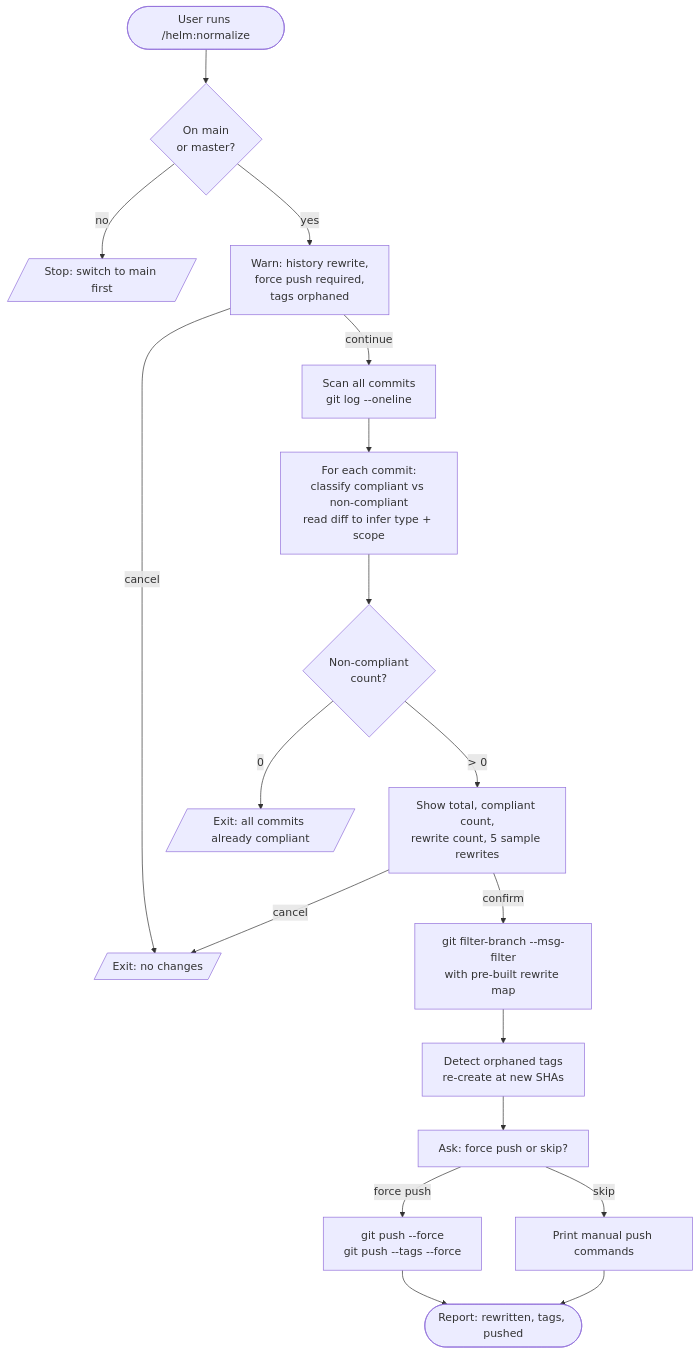
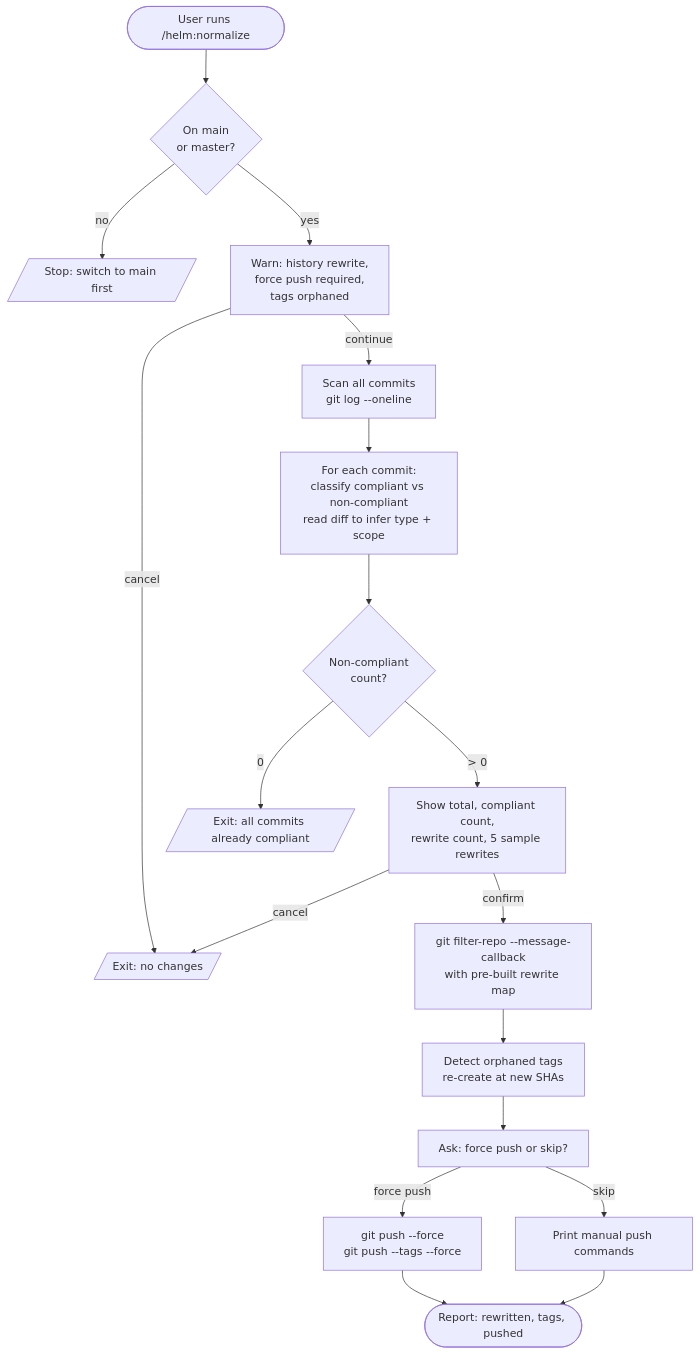
Before and after one commit to myowinthein/agent-helm: the diagram in docs/commands/normalize.md, drawn with Mermaid. The commit also changed 2 other files, not shown here.

Commit message:
fix(docs): correct 3 stale references found in scoped verification pass

````diff
--- a/docs/commands/normalize.md
+++ b/docs/commands/normalize.md
@@ -13,27 +13,27 @@
 ```mermaid
 flowchart TD
   Start([User runs /helm:normalize]) --> Branch{On main<br/>or master?}
   Branch -->|no| BranchStop[/Stop: switch to main first/]
   Branch -->|yes| Warn[Warn: history rewrite,<br/>force push required,<br/>tags orphaned]
 
   Warn -->|cancel| Cancel[/Exit: no changes/]
   Warn -->|continue| Scan[Scan all commits<br/>git log --oneline]
 
   Scan --> Classify[For each commit:<br/>classify compliant vs non-compliant<br/>read diff to infer type + scope]
   Classify --> Count{Non-compliant<br/>count?}
 
   Count -->|0| NothingToDo[/Exit: all commits already compliant/]
   Count -->|> 0| ShowPlan[Show total, compliant count,<br/>rewrite count, 5 sample rewrites]
 
   ShowPlan -->|cancel| Cancel
-  ShowPlan -->|confirm| Rewrite[git filter-branch --msg-filter<br/>with pre-built rewrite map]
+  ShowPlan -->|confirm| Rewrite[git filter-repo --message-callback<br/>with pre-built rewrite map]
 
   Rewrite --> Tags[Detect orphaned tags<br/>re-create at new SHAs]
   Tags --> PushGate[Ask: force push or skip?]
 
   PushGate -->|force push| Push[git push --force<br/>git push --tags --force]
   PushGate -->|skip| Manual[Print manual push commands]
 
   Push --> Report([Report: rewritten, tags, pushed])
   Manual --> Report
 ```
````
